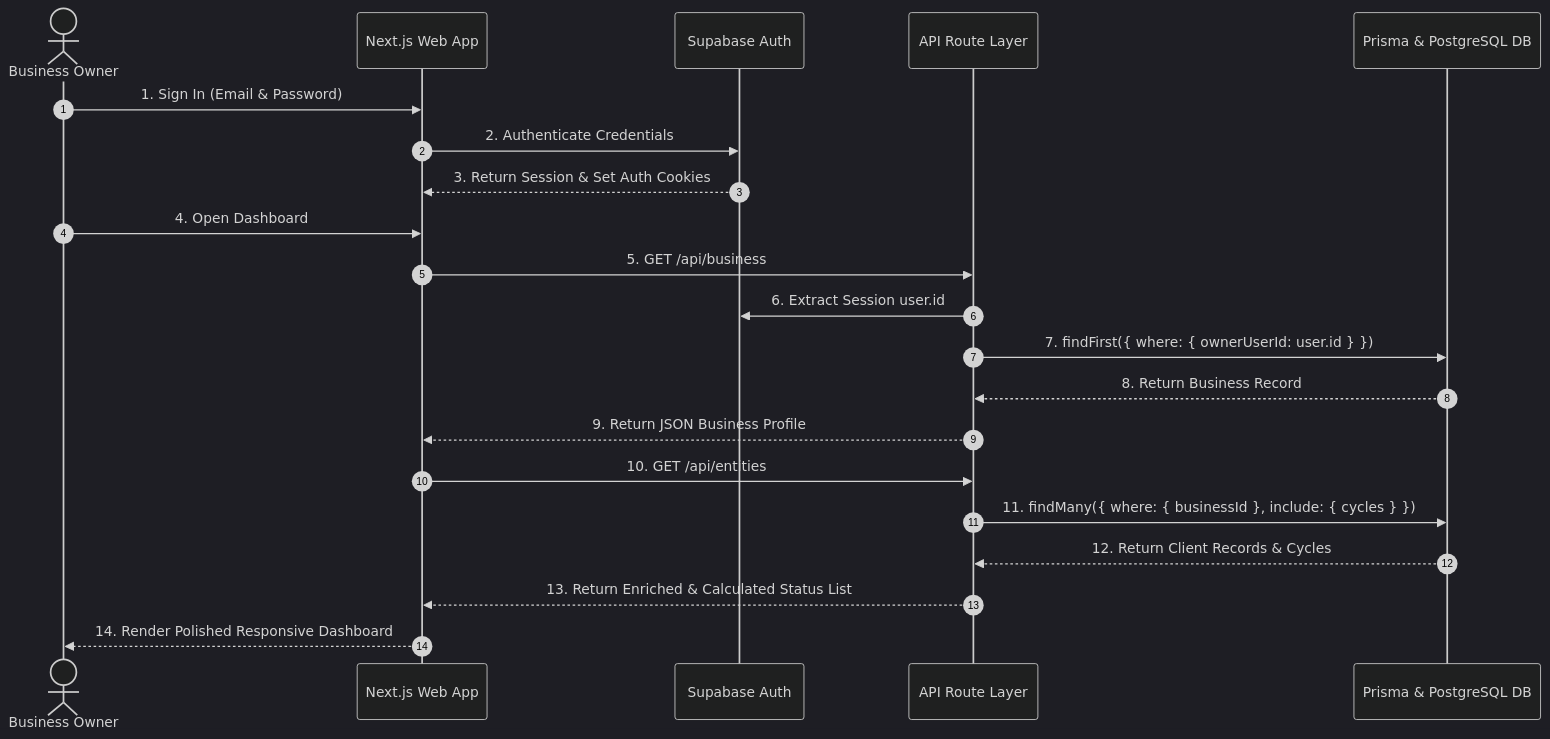
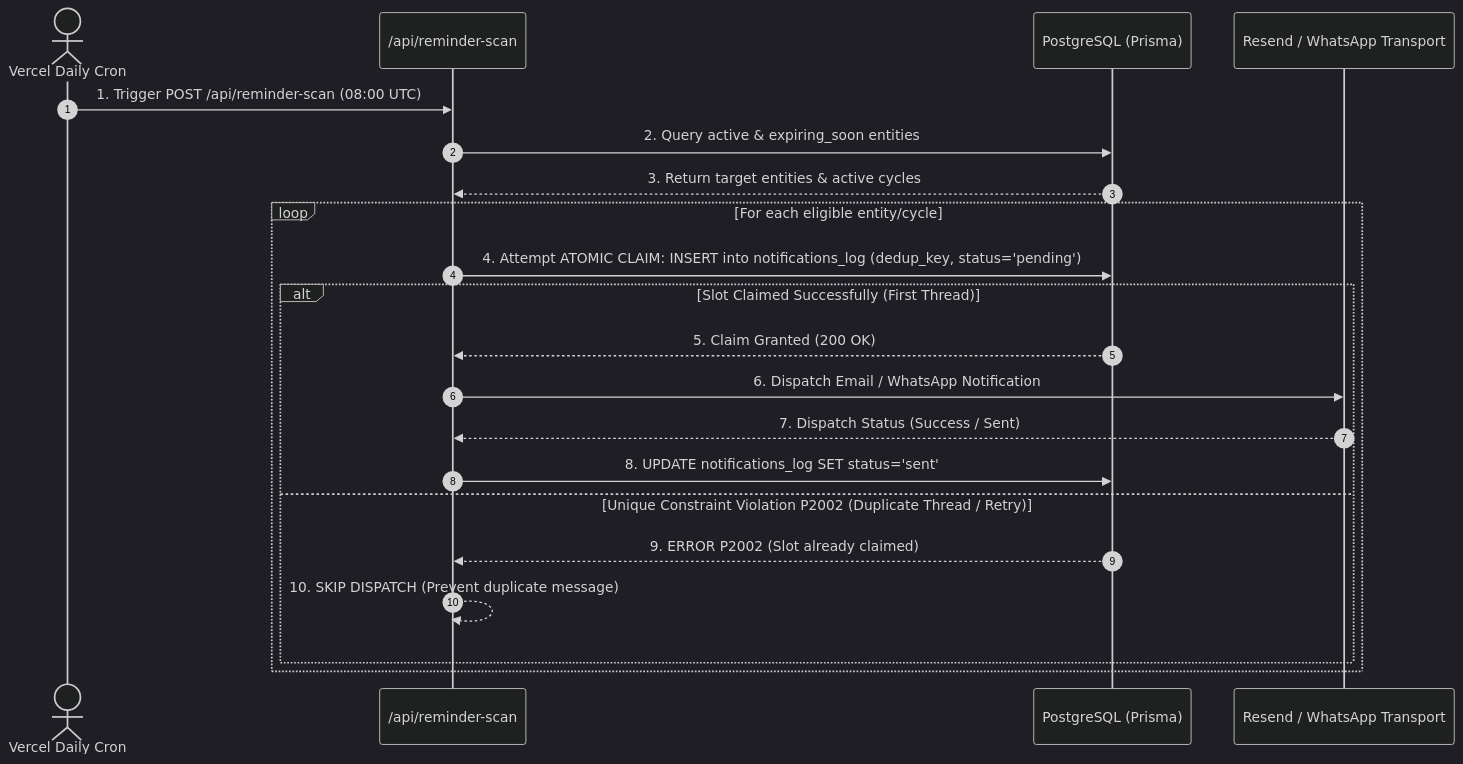
One commit to Kanishkp19/CRM_CLIENTS changed the third of 3 diagrams in docs/database_architecture.md. Above: the diagram before and after it, drawn with Mermaid (dark theme). The commit also changed other lines of this file, not shown here.

Commit message:
Update database architecture documentation with native JSONB, Decimal, Atomic Claim-First Deduplication, and Transactional Sync

````diff
--- a/docs/database_architecture.md
+++ b/docs/database_architecture.md
@@ -135,27 +136,25 @@
 ```mermaid
 sequenceDiagram
     autonumber
-    actor Owner as Business Owner
-    participant Web as Next.js Web App
-    participant Auth as Supabase Auth
-    participant API as API Route Layer
-    participant DB as Prisma & PostgreSQL DB
+    actor VercelCron as Vercel Daily Cron
+    participant API as /api/reminder-scan
+    participant DB as PostgreSQL (Prisma)
+    participant Resend as Resend / WhatsApp Transport
 
-    Owner->>Web: 1. Sign In (Email & Password)
-    Web->>Auth: 2. Authenticate Credentials
-    Auth-->>Web: 3. Return Session & Set Auth Cookies
+    VercelCron->>API: 1. Trigger POST /api/reminder-scan (08:00 UTC)
+    API->>DB: 2. Query active & expiring_soon entities
+    DB-->>API: 3. Return target entities & active cycles
 
-    Owner->>Web: 4. Open Dashboard
-    Web->>API: 5. GET /api/business
-    API->>Auth: 6. Extract Session user.id
-    API->>DB: 7. findFirst({ where: { ownerUserId: user.id } })
-    DB-->>API: 8. Return Business Record
-    API-->>Web: 9. Return JSON Business Profile
-
-    Web->>API: 10. GET /api/entities
-    API->>DB: 11. findMany({ where: { businessId }, include: { cycles } })
-    DB-->>API: 12. Return Client Records & Cycles
-    API-->>Web: 13. Return Enriched & Calculated Status List
-
-    Web-->>Owner: 14. Render Polished Responsive Dashboard
+    loop For each eligible entity/cycle
+        API->>DB: 4. Attempt ATOMIC CLAIM: INSERT into notifications_log (dedup_key, status='pending')
+        alt Slot Claimed Successfully (First Thread)
+            DB-->>API: 5. Claim Granted (200 OK)
+            API->>Resend: 6. Dispatch Email / WhatsApp Notification
+            Resend-->>API: 7. Dispatch Status (Success / Sent)
+            API->>DB: 8. UPDATE notifications_log SET status='sent'
+        else Unique Constraint Violation P2002 (Duplicate Thread / Retry)
+            DB-->>API: 9. ERROR P2002 (Slot already claimed)
+            API-->>API: 10. SKIP DISPATCH (Prevent duplicate message)
+        end
+    end
 ```
````
